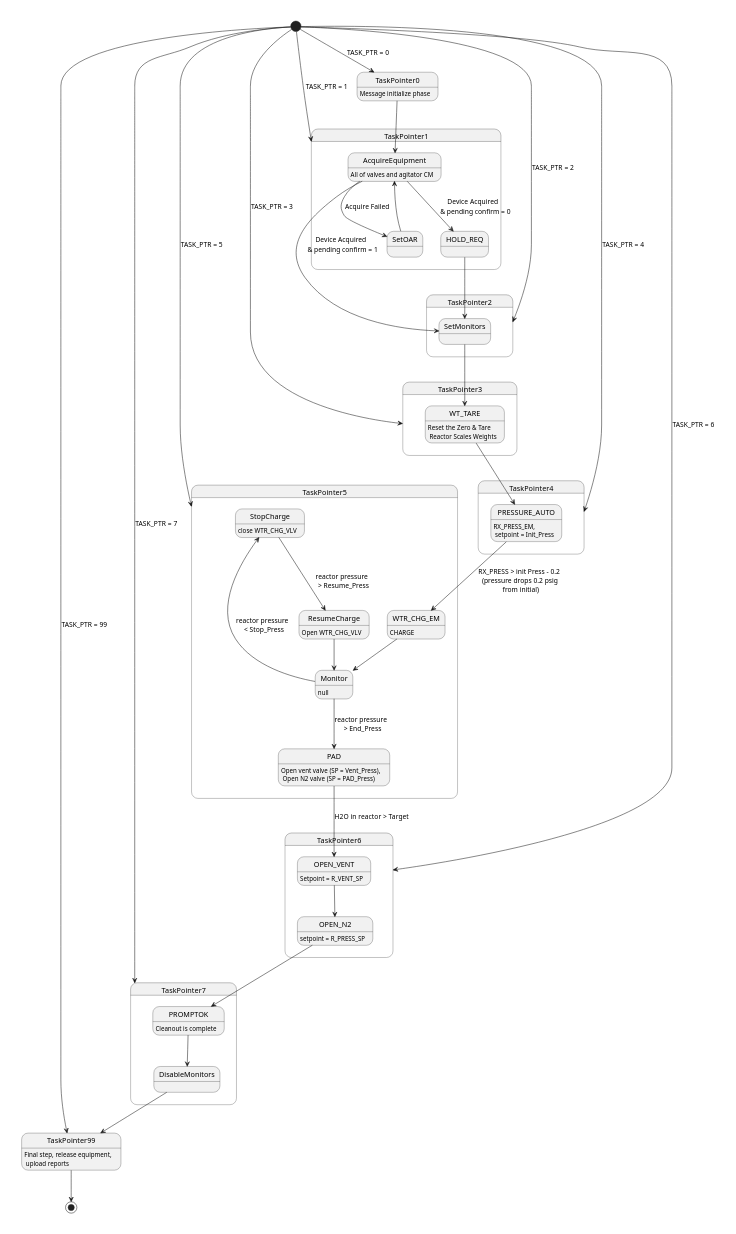
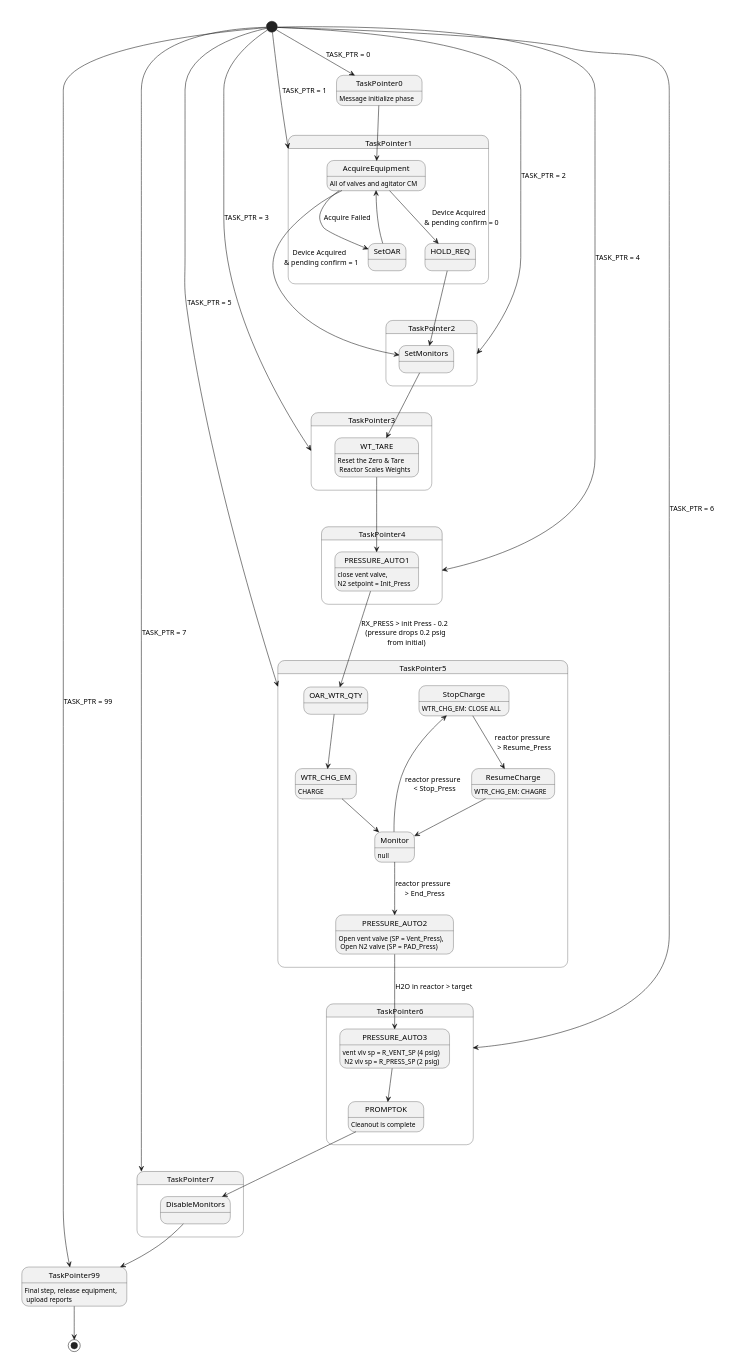
Before and after one commit to mekcrab/Solvay_test: the diagram in TESTSPEC_VPENG/PH_AL_CLN_WTR.puml, drawn with PlantUML.

Commit message:
Mind map of PH_AL_CLN_WTR detail design

```diff
--- a/TESTSPEC_VPENG/PH_AL_CLN_WTR.puml
+++ b/TESTSPEC_VPENG/PH_AL_CLN_WTR.puml
@@ -1,89 +1,85 @@
 @startuml
 scale 350 width
 [*] --> TaskPointer0: TASK_PTR = 0
 [*] --> TaskPointer1: TASK_PTR = 1
 [*] --> TaskPointer2: TASK_PTR = 2
 [*] --> TaskPointer3: TASK_PTR = 3
 [*] --> TaskPointer4: TASK_PTR = 4
 [*] --> TaskPointer5: TASK_PTR = 5
 [*] --> TaskPointer6: TASK_PTR = 6
 [*] --> TaskPointer7: TASK_PTR = 7
 [*] --> TaskPointer99: TASK_PTR = 99
 
 TaskPointer0: Message initialize phase
 
 state TaskPointer1 {
 
 TaskPointer0 --> AcquireEquipment
 
 AcquireEquipment --> SetOAR: Acquire Failed
 AcquireEquipment: All of valves and agitator CM
 SetOAR --> AcquireEquipment
 AcquireEquipment --> HOLD_REQ: Device Acquired  \n & pending confirm = 0
 
 }
 
 state TaskPointer2 {
 AcquireEquipment --> SetMonitors: Device Acquired \n & pending confirm = 1
 HOLD_REQ --> SetMonitors
 
 }
 
 state TaskPointer3 {
 SetMonitors --> WT_TARE
 WT_TARE: Reset the Zero & Tare \n Reactor Scales Weights
 
 }
 
 state TaskPointer4 {
-WT_TARE --> PRESSURE_AUTO
-PRESSURE_AUTO: RX_PRESS_EM, \n setpoint = Init_Press
+WT_TARE --> PRESSURE_AUTO1
+PRESSURE_AUTO1: close vent valve, \nN2 setpoint = Init_Press
 
 }
 
-
 state TaskPointer5 {
 
-PRESSURE_AUTO --> WTR_CHG_EM: RX_PRESS > init Press - 0.2 \n (pressure drops 0.2 psig \n from initial)
+PRESSURE_AUTO1 --> OAR_WTR_QTY: RX_PRESS > init Press - 0.2 \n (pressure drops 0.2 psig \n from initial)
+OAR_WTR_QTY --> WTR_CHG_EM
 WTR_CHG_EM: CHARGE
 WTR_CHG_EM --> Monitor
 Monitor: null
 
 Monitor -left-> StopCharge: reactor pressure \n < Stop_Press
-Monitor --> PAD: reactor pressure \n > End_Press
+Monitor --> PRESSURE_AUTO2: reactor pressure \n > End_Press
 
-PAD: Open vent valve (SP = Vent_Press), \n Open N2 valve (SP = PAD_Press)
+PRESSURE_AUTO2: Open vent valve (SP = Vent_Press), \n Open N2 valve (SP = PAD_Press)
 
-StopCharge: close WTR_CHG_VLV
+StopCharge: WTR_CHG_EM: CLOSE ALL
 
 StopCharge --> ResumeCharge: reactor pressure \n > Resume_Press
-ResumeCharge: Open WTR_CHG_VLV
+ResumeCharge: WTR_CHG_EM: CHAGRE
 
 ResumeCharge --> Monitor
 }
 
+state TaskPointer6 {
+PRESSURE_AUTO2 --> PRESSURE_AUTO3: H2O in reactor > target
+PRESSURE_AUTO3: vent vlv sp = R_VENT_SP (4 psig) \n N2 vlv sp = R_PRESS_SP (2 psig)
 
-state TaskPointer6 {
-PAD --> OPEN_VENT: H2O in reactor > Target
-OPEN_VENT: Setpoint = R_VENT_SP
-
-OPEN_VENT --> OPEN_N2
-OPEN_N2: setpoint = R_PRESS_SP
+PRESSURE_AUTO3 --> PROMPTOK
+PROMPTOK: Cleanout is complete
 
 }
 
 state TaskPointer7 {
-
-OPEN_N2 --> PROMPTOK
-PROMPTOK: Cleanout is complete
 
 PROMPTOK --> DisableMonitors
 
 }
 
 DisableMonitors --> TaskPointer99
 TaskPointer99: Final step, release equipment, \n upload reports
 
 TaskPointer99 --> [*]
 
 @enduml
```
